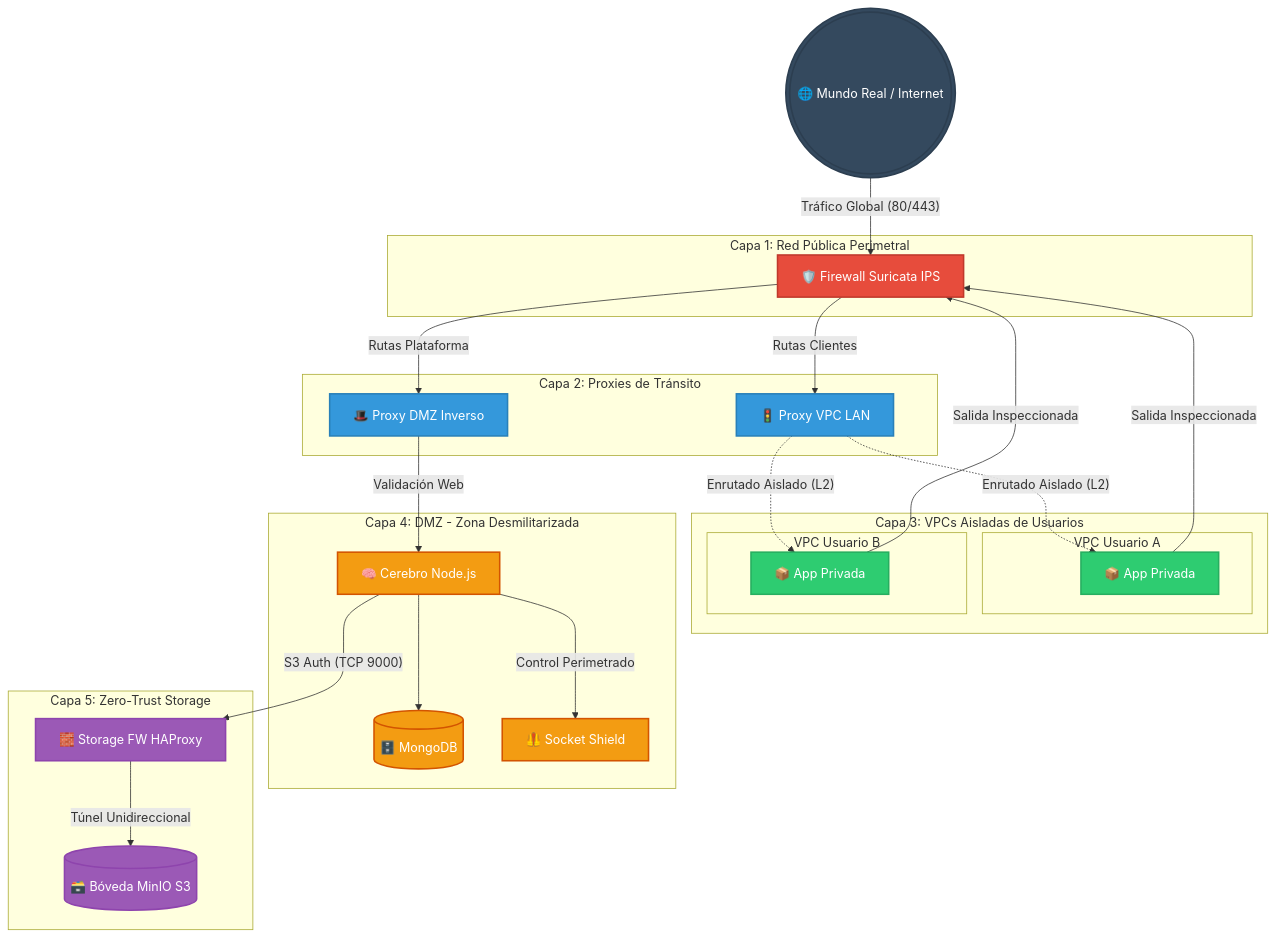
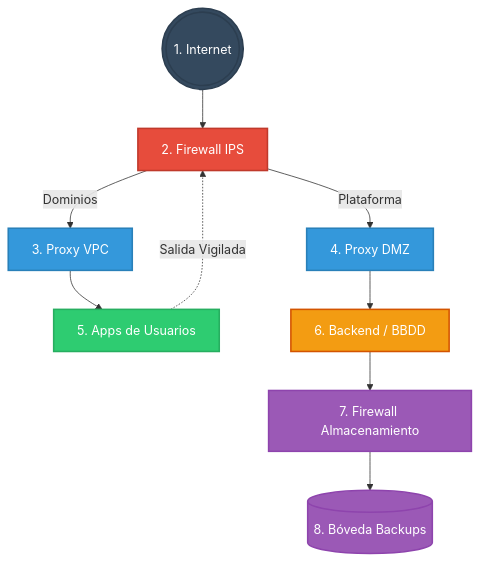
The diagram in README.md (pablojimenez17/dockermanager), drawn with Mermaid before and after one commit. The commit also changed other lines of this file, not shown here.

Commit message:
docs: simplify network architecture diagram and update documentation legend in README.md

````diff
--- a/README.md
+++ b/README.md
@@ -52,58 +52,20 @@
 ```mermaid
 graph TD
     classDef firewall fill:#e74c3c,stroke:#c0392b,stroke-width:2px,color:white;
     classDef dmz fill:#f39c12,stroke:#d35400,stroke-width:2px,color:white;
     classDef proxy fill:#3498db,stroke:#2980b9,stroke-width:2px,color:white;
     classDef private fill:#2ecc71,stroke:#27ae60,stroke-width:2px,color:white;
     classDef storage fill:#9b59b6,stroke:#8e44ad,stroke-width:2px,color:white;
     classDef internet fill:#34495e,stroke:#2c3e50,stroke-width:2px,color:white;
 
-    Internet(((🌐 Mundo Real / Internet))):::internet
-
-    subgraph capa1 [Capa 1: Red Pública Perimetral]
-        EdgeFW[🛡️ Firewall Suricata IPS]:::firewall
-    end
-
-    subgraph capa2 [Capa 2: Proxies de Tránsito]
-        UserProxy[🚦 Proxy VPC LAN]:::proxy
-        AdminProxy[🎩 Proxy DMZ Inverso]:::proxy
-    end
-
-    subgraph capa3 [Capa 3: VPCs Aisladas de Usuarios]
-        subgraph vpc_a [VPC Usuario A]
-            User1[📦 App Privada]:::private
-        end
-        subgraph vpc_b [VPC Usuario B]
-            User2[📦 App Privada]:::private
-        end
-    end
-
-    subgraph capa4 [Capa 4: DMZ - Zona Desmilitarizada]
-        Backend[🧠 Cerebro Node.js]:::dmz
-        Mongo[(🗄️ MongoDB)]:::dmz
-        SocketProxy[🦺 Socket Shield]:::dmz
-    end
-
-    subgraph capa5 [Capa 5: Zero-Trust Storage]
-        StorageFW[🧱 Storage FW HAProxy]:::storage
-        MinIO[(🗃️ Bóveda MinIO S3)]:::storage
-    end
-
-    Internet -- "Tráfico Global (80/443)" --> EdgeFW
+    1(((1. Internet))):::internet --> 2[2. Firewall IPS]:::firewall
+    2 -->|Dominios| 3[3. Proxy VPC]:::proxy
+    2 -->|Plataforma| 4[4. Proxy DMZ]:::proxy
     
-    EdgeFW -- "Rutas Clientes" --> UserProxy
-    EdgeFW -- "Rutas Plataforma" --> AdminProxy
-
-    UserProxy -. "Enrutado Aislado (L2)" .-> User1
-    UserProxy -. "Enrutado Aislado (L2)" .-> User2
+    3 --> 5[5. Apps de Usuarios]:::private
+    5 -. Salida Vigilada .-> 2
     
-    User1 -- "Salida Inspeccionada" --> EdgeFW
-    User2 -- "Salida Inspeccionada" --> EdgeFW
-
-    AdminProxy -- "Validación Web" --> Backend
-    Backend --> Mongo
-    Backend -- "Control Perimetrado" --> SocketProxy
-    
-    Backend -- "S3 Auth (TCP 9000)" --> StorageFW
-    StorageFW -- "Túnel Unidireccional" --> MinIO
+    4 --> 6[6. Backend / BBDD]:::dmz
+    6 --> 7[7. Firewall Almacenamiento]:::storage
+    7 --> 8[(8. Bóveda Backups)]:::storage
 ```
````
